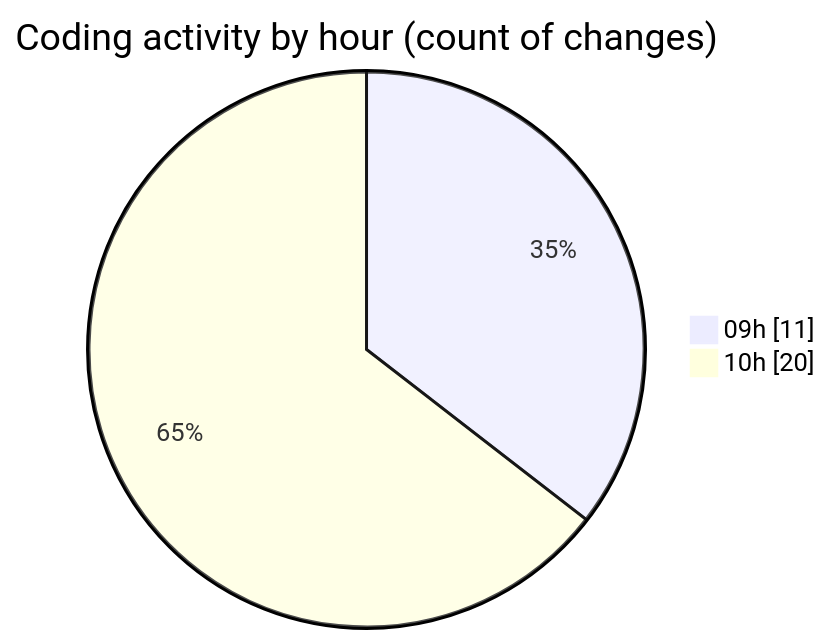
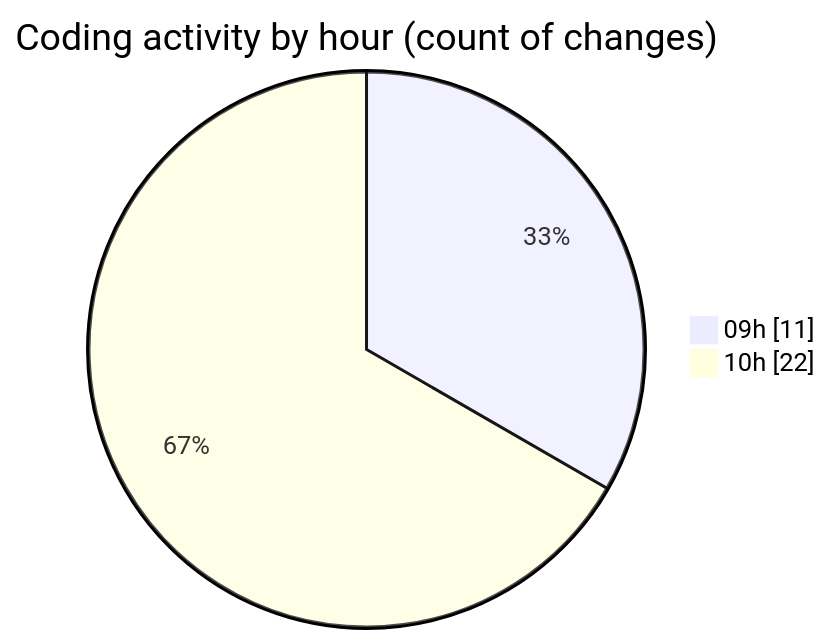
One commit to momahboobian/code-tracking changed the second of 2 diagrams in 2025-07-10/cda/README.md. Above: the diagram before and after it, drawn with Mermaid. The commit also changed other lines of this file and 1 other file, not shown here.

````diff
--- a/2025-07-10/cda/README.md
+++ b/2025-07-10/cda/README.md
@@ -36,6 +37,6 @@
 ```mermaid
 pie showData
 title Coding activity by hour (count of changes)
 "09h" : 11
-"10h" : 20
+"10h" : 22
 ```
````
